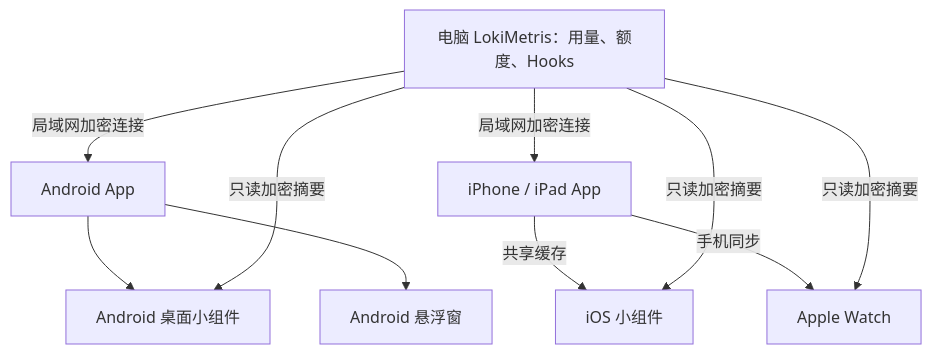
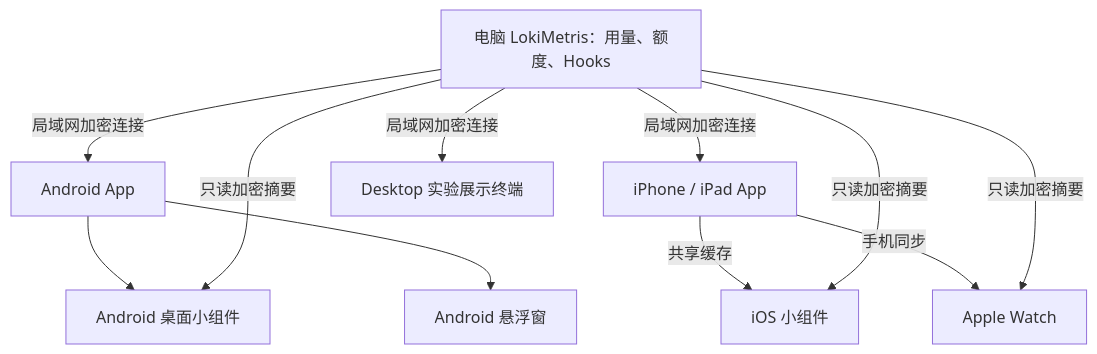
One commit to ManonLoki/LokiMetisMobileDisplay changed the diagram in README.md. Above: the diagram before and after it, drawn with Mermaid. The commit also changed other lines of this file and 51 other files, not shown here.

````diff
--- a/README.md
+++ b/README.md
@@ -313,12 +352,13 @@
 ```mermaid
 flowchart TD
     desktop["电脑 LokiMetris：用量、额度、Hooks"] -->|局域网加密连接| android["Android App"]
     desktop -->|局域网加密连接| ios["iPhone / iPad App"]
+    desktop -->|局域网加密连接| display["Desktop 实验展示终端"]
     android --> androidWidget["Android 桌面小组件"]
     android --> floating["Android 悬浮窗"]
     ios -->|共享缓存| widget["iOS 小组件"]
     ios -->|手机同步| watch["Apple Watch"]
     desktop -->|只读加密摘要| androidWidget
     desktop -->|只读加密摘要| widget
     desktop -->|只读加密摘要| watch
 ```
````
